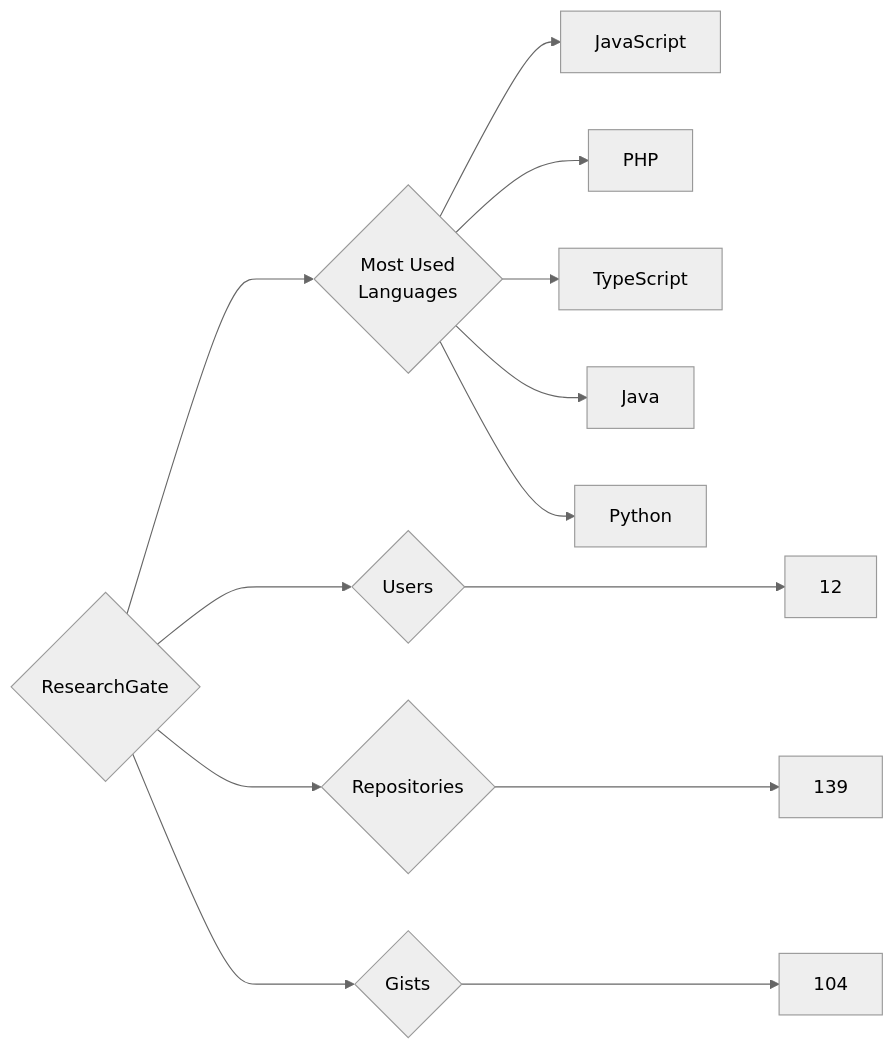
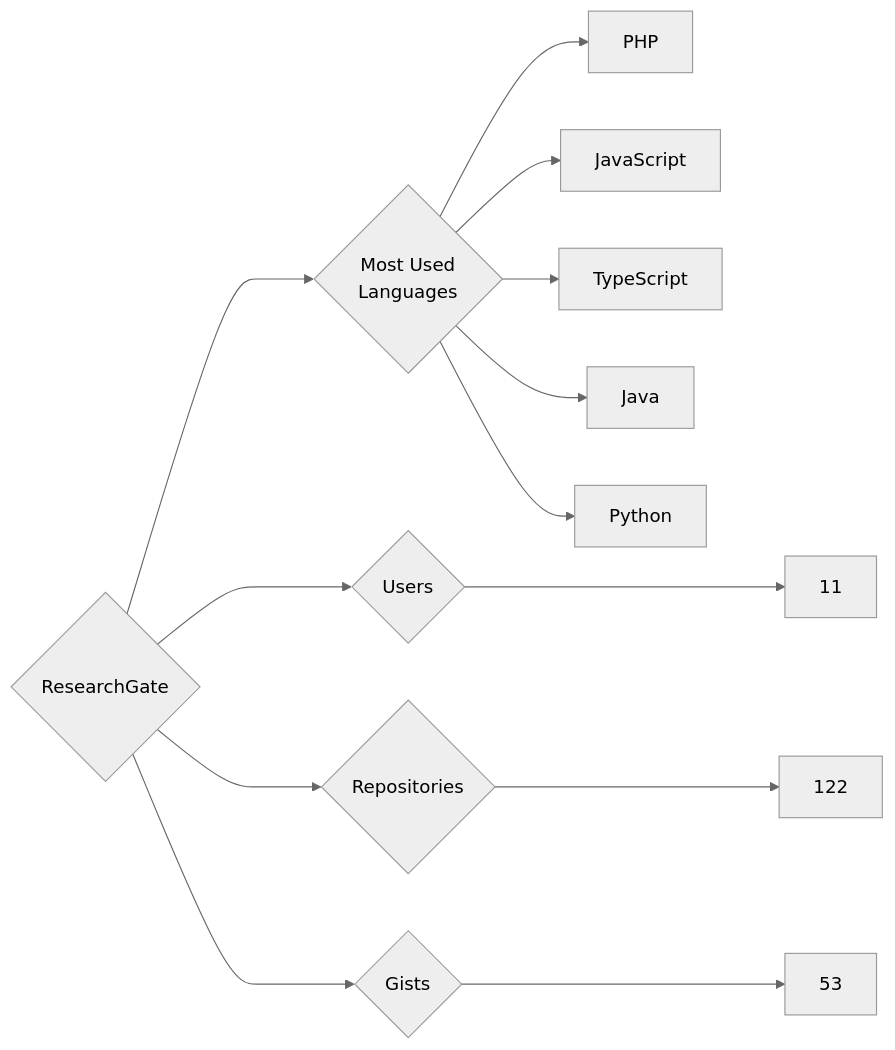
Before and after one commit to trickest/insiders: the diagram in targets/ResearchGate/README.md, drawn with Mermaid (neutral theme). The commit also changed 1508 other files, not shown here.

````diff
--- a/targets/ResearchGate/README.md
+++ b/targets/ResearchGate/README.md
@@ -3,13 +3,13 @@
 ```mermaid
 graph LR
 COMPANY_NAME{ResearchGate}
-COMPANY_NAME ---> U{Users} ---> UN[12]
-COMPANY_NAME ---> R{Repositories} ---> RN[139]
-COMPANY_NAME ---> G{Gists} ---> GN[104]
+COMPANY_NAME ---> U{Users} ---> UN[11]
+COMPANY_NAME ---> R{Repositories} ---> RN[122]
+COMPANY_NAME ---> G{Gists} ---> GN[53]
 COMPANY_NAME ---> ML{Most Used<br>Languages}
+ML --> PHP[PHP]
 ML --> JavaScript[JavaScript]
-ML --> PHP[PHP]
 ML --> TypeScript[TypeScript]
 ML --> Java[Java]
 ML --> Python[Python]
 ```
````
